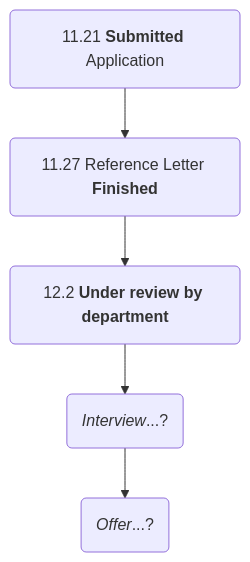
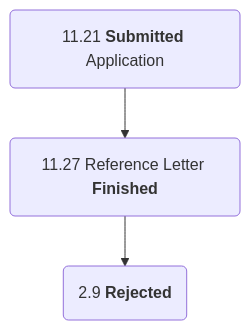
The seventh of 14 diagrams in _posts/2023-12-15-24Fall申请记录.md (Revive-dontwanttocode/Revive-dontwanttocode.github.io), drawn with Mermaid before and after one commit. The commit also changed other lines of this file and 2 other files, not shown here.

````diff
--- a/_posts/2023-12-15-24Fall申请记录.md
+++ b/_posts/2023-12-15-24Fall申请记录.md
@@ -136,9 +148,7 @@
 ```mermaid
 flowchart 
     Stage1("`11.21 **Submitted** Application`")
     Stage2("`11.27 Reference Letter **Finished**`")
-    Stage4("`*Interview*...?`")
-    Stage3("`12.2 **Under review by department**`")
-    Offer("`*Offer*...?`")
-    Stage1 --> Stage2 --> Stage3 --> Stage4 --> Offer
+    Reject("`2.9 **Rejected**`")
+    Stage1 --> Stage2 --> Reject
 ```
````
